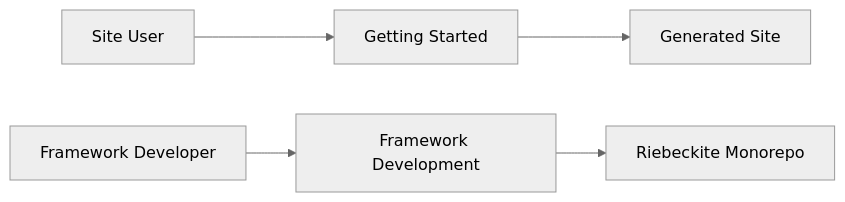
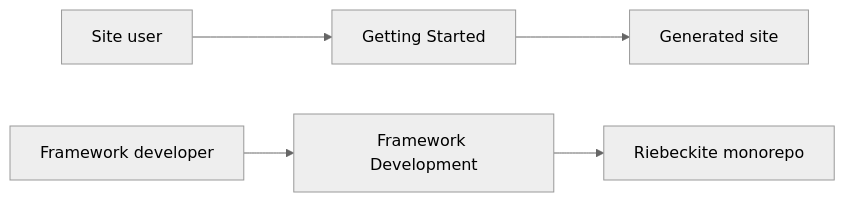
Before and after one commit to Rerurate514/riebeckite: the sixth of 6 diagrams in docs/docs/framework/development.md, drawn with Mermaid (neutral theme). The commit also changed other lines of this file and 604 other files, not shown here.

````diff
--- a/docs/docs/framework/development.md
+++ b/docs/docs/framework/development.md
@@ -286,13 +265,13 @@
-```mermaid id="3iq2qx"
+```mermaid
 flowchart LR
-    User["Site User"]
+    User["Site user"]
     Getting["Getting Started"]
-    Site["Generated Site"]
+    Site["Generated site"]
 
-    Dev["Framework Developer"]
+    Dev["Framework developer"]
     Framework["Framework Development"]
-    Repo["Riebeckite Monorepo"]
+    Repo["Riebeckite monorepo"]
 
     User --> Getting --> Site
     Dev --> Framework --> Repo
 ```
````
